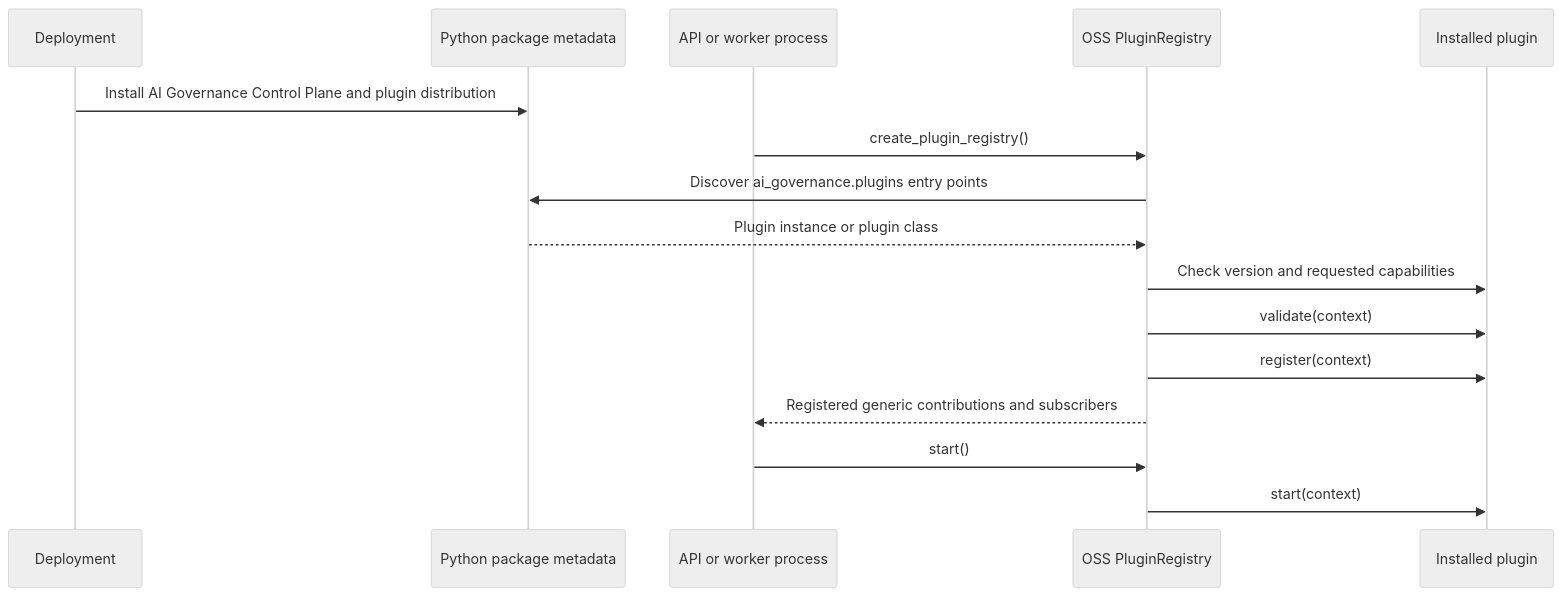
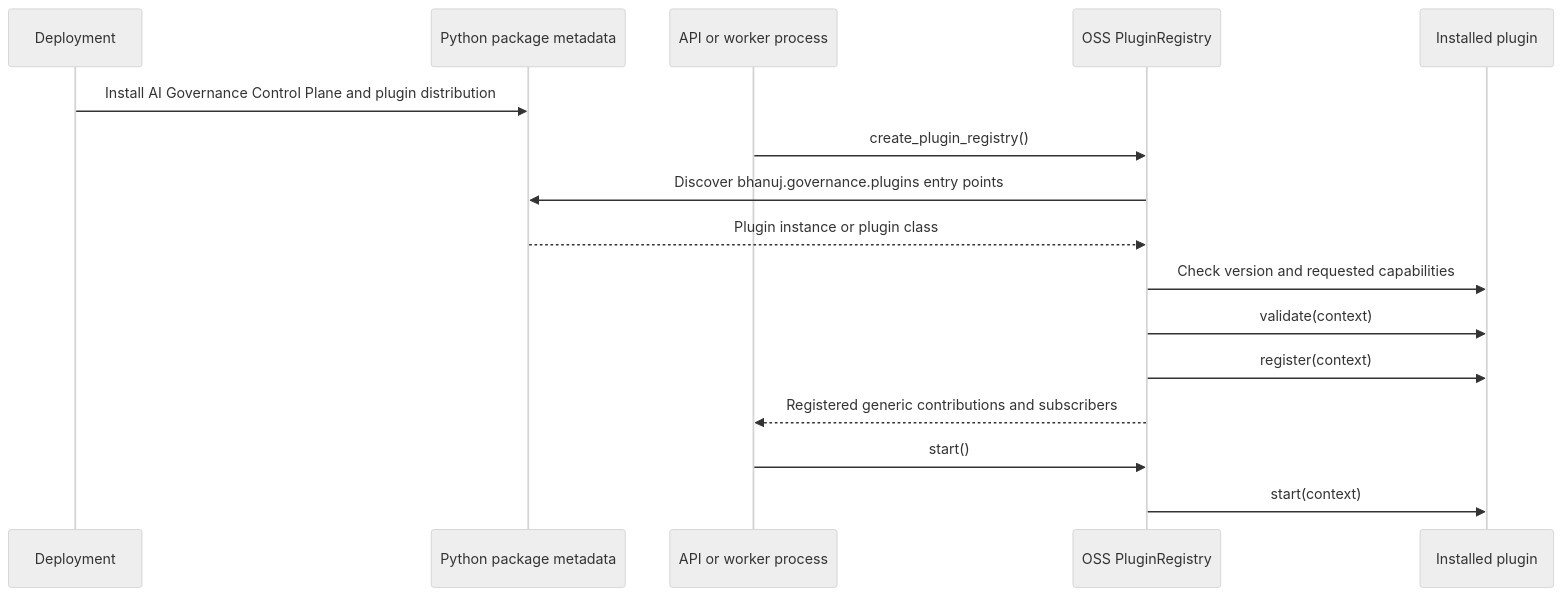
The first of 3 diagrams in docs/architecture/PLUGIN_EXTENSION_GUIDE.md (Bhanuj-AI/ai-governance-oss), drawn with Mermaid (neutral theme) before and after one commit. The commit also changed other lines of this file and 26 other files, not shown here.

````diff
--- a/docs/architecture/PLUGIN_EXTENSION_GUIDE.md
+++ b/docs/architecture/PLUGIN_EXTENSION_GUIDE.md
@@ -48,19 +49,19 @@
 ```mermaid
 sequenceDiagram
     participant Deploy as Deployment
     participant Python as Python package metadata
     participant Host as API or worker process
     participant Registry as OSS PluginRegistry
     participant Plugin as Installed plugin
 
     Deploy->>Python: Install AI Governance Control Plane and plugin distribution
     Host->>Registry: create_plugin_registry()
-    Registry->>Python: Discover ai_governance.plugins entry points
+    Registry->>Python: Discover bhanuj.governance.plugins entry points
     Python-->>Registry: Plugin instance or plugin class
     Registry->>Plugin: Check version and requested capabilities
     Registry->>Plugin: validate(context)
     Registry->>Plugin: register(context)
     Registry-->>Host: Registered generic contributions and subscribers
     Host->>Registry: start()
     Registry->>Plugin: start(context)
 ```
````
